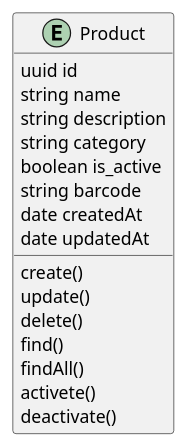
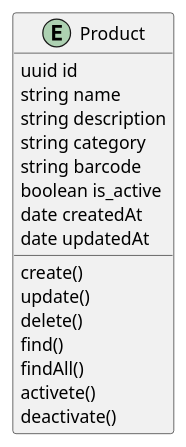
The diagram in uml/entities/product-class.wsd (wwchacalww/sorveteria), drawn with PlantUML before and after one commit. The commit also changed other lines of this file and 4 other files, not shown here.

```diff
--- a/uml/entities/product-class.wsd
+++ b/uml/entities/product-class.wsd
@@ -1,21 +1,21 @@
 @startuml
 
 entity Product
 
 Product : uuid id
 Product : string name
 Product : string description
 Product : string category
+Product : string barcode
 Product : boolean is_active
-Product : string barcode
 Product : date createdAt
 Product : date updatedAt
 
 Product : create()
 Product : update()
 Product : delete()
 Product : find()
 Product : findAll()
 Product : activete()
 Product : deactivate()
 @enduml
```
